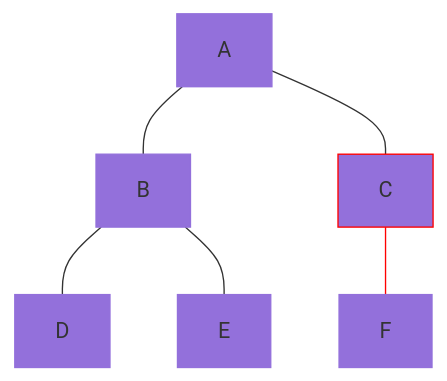
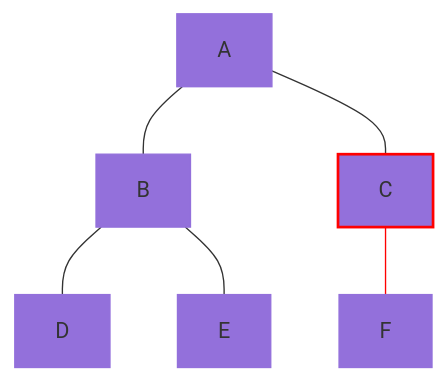
One commit to leessang01/leessang01.github.io changed the fifth of 15 diagrams in _posts/2024-06-02-BFS.md. Above: the diagram before and after it, drawn with Mermaid. The commit also changed other lines of this file, not shown here.

````diff
--- a/_posts/2024-06-02-BFS.md
+++ b/_posts/2024-06-02-BFS.md
@@ -168,15 +172,15 @@
 ```mermaid
 graph TD
  A---B;
  A---C;
  B---D;
  B---E;
  C---F;
  linkStyle 4 stroke:red
  style A fill:#9370DB
  style B fill:#9370DB
- style C fill:#9370DB, stroke:red
+ style C fill:#9370DB, stroke:red, stroke-width:2px
  style D fill:#9370DB
  style E fill:#9370DB
  style F fill:#9370DB
 ```
````
